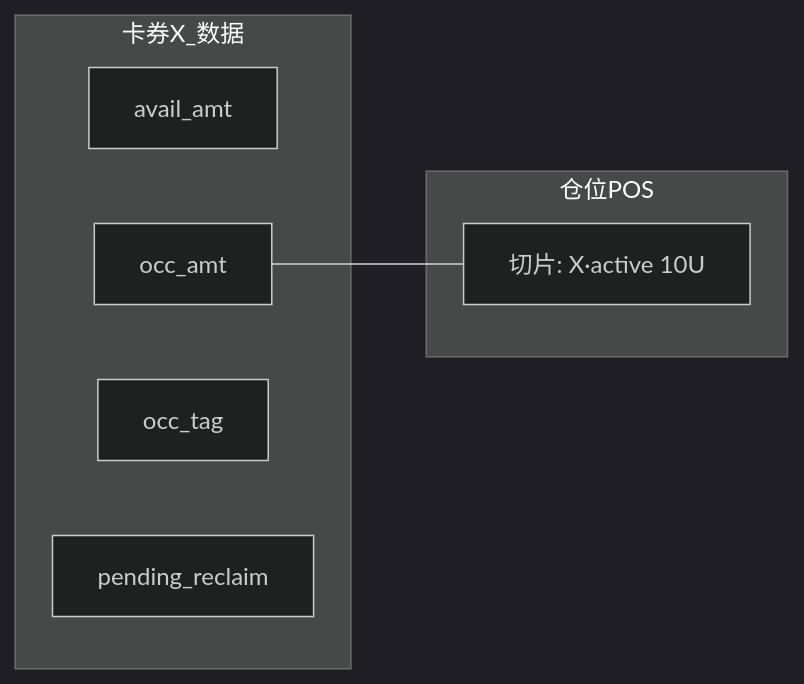
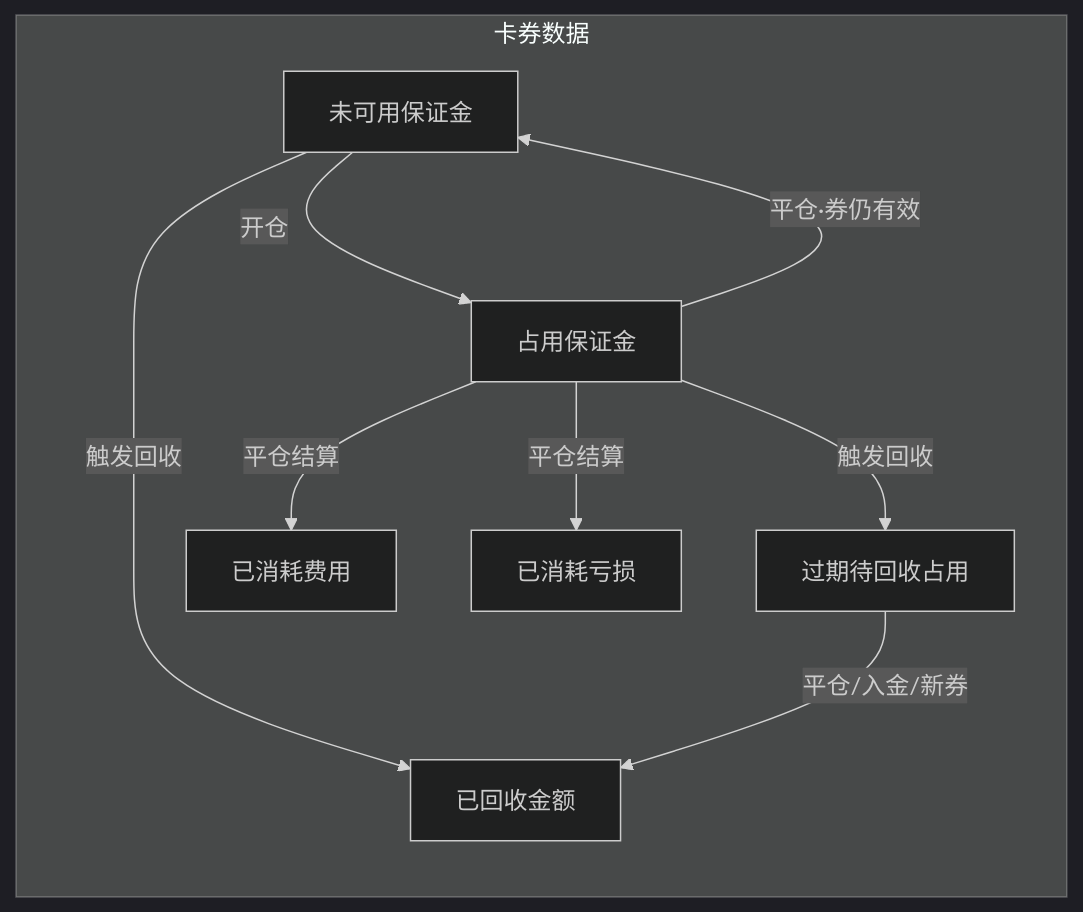
Before and after one commit to DashuaibiZZY/prototype: the second of 10 diagrams in document/web&后台/体验金回收机制改版方案.md, drawn with Mermaid (dark theme). The commit also changed other lines of this file and 2 other files, not shown here.

First line of the commit message:
docs: restructure trial fund v2 as behavior-driven flowcharts

````diff
--- a/document/web&后台/体验金回收机制改版方案.md
+++ b/document/web&后台/体验金回收机制改版方案.md
@@ -115,13 +83,18 @@
 ```mermaid
 flowchart LR
-    subgraph 卡券X_数据
-        A[avail_amt]
-        O[occ_amt]
-        T[occ_tag]
-        P[pending_reclaim]
+    subgraph 卡券数据
+        A[未可用保证金]
+        O[占用保证金]
+        P[过期待回收占用]
+        R[已回收金额]
+        F[已消耗费用]
+        L[已消耗亏损]
     end
-    subgraph 仓位POS
-        S1[切片: X·active 10U]
-    end
-    O --- S1
+    A -->|开仓| O
+    O -->|平仓·券仍有效| A
+    O -->|触发回收| P
+    A -->|触发回收| R
+    P -->|平仓/入金/新券| R
+    O -->|平仓结算| F
+    O -->|平仓结算| L
 ```
````
